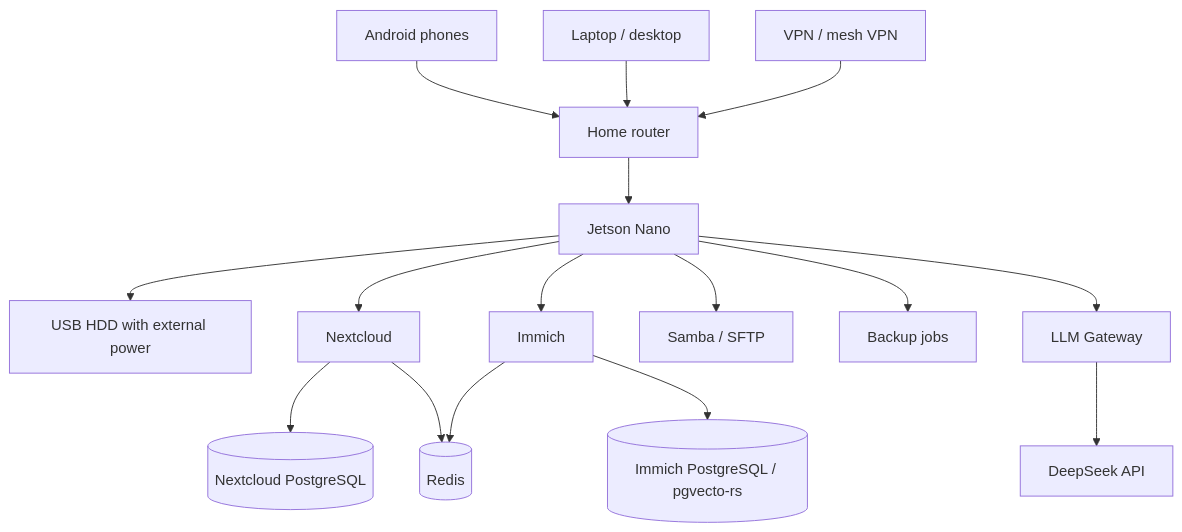
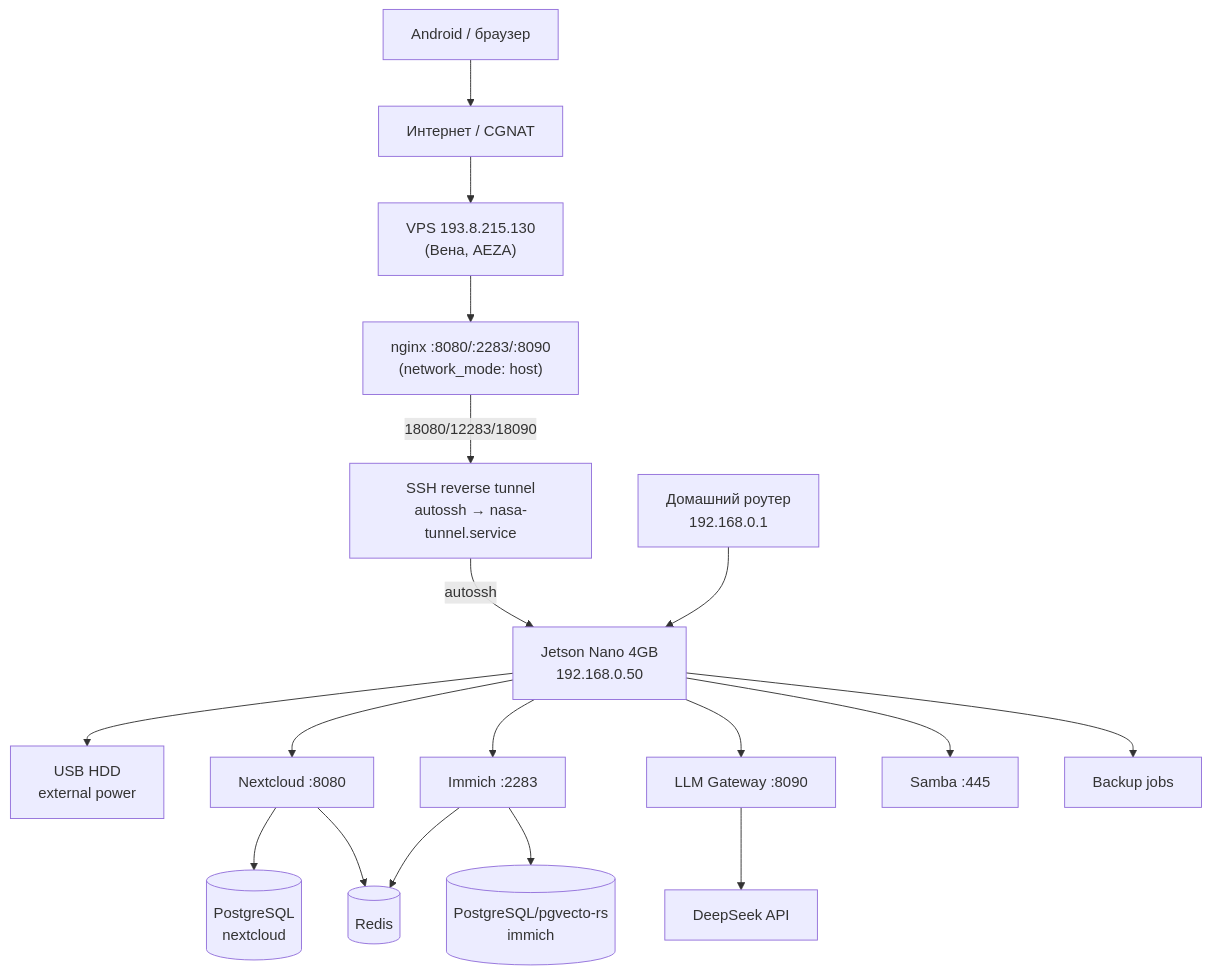
One commit to AlexeyBorovskoy/Nasa_home changed the diagram in archtectura_nasa.md. Above: the diagram before and after it, drawn with Mermaid. The commit also changed other lines of this file and 9 other files, not shown here.

````diff
--- a/archtectura_nasa.md
+++ b/archtectura_nasa.md
@@ -21,38 +23,42 @@
 ```mermaid
 flowchart TB
-    Android[Android phones]
-    Laptop[Laptop / desktop]
-    Router[Home router]
-    VPN[VPN / mesh VPN]
-    Jetson[Jetson Nano]
-    HDD[USB HDD with external power]
+    Phone[Android / браузер]
+    Internet[Интернет / CGNAT]
+    VPS["VPS 193.8.215.130\n(Вена, AEZA)"]
+    NginxVPS["nginx :8080/:2283/:8090\n(network_mode: host)"]
+    Tunnel["SSH reverse tunnel\nautossh → nasa-tunnel.service"]
+    Router[Домашний роутер\n192.168.0.1]
+    Jetson["Jetson Nano 4GB\n192.168.0.50"]
+    HDD[USB HDD\nexternal power]
 
-    Nextcloud[Nextcloud]
-    Immich[Immich]
-    Samba[Samba / SFTP]
+    Nextcloud[Nextcloud :8080]
+    Immich[Immich :2283]
+    LLMGateway[LLM Gateway :8090]
+    Samba[Samba :445]
     Backup[Backup jobs]
-    LLMGateway[LLM Gateway]
     DeepSeek[DeepSeek API]
 
-    NCDB[(Nextcloud PostgreSQL)]
-    ImmichDB[(Immich PostgreSQL / pgvecto-rs)]
+    NCDB[(PostgreSQL\nnextcloud)]
+    ImmichDB[(PostgreSQL/pgvecto-rs\nimmich)]
     Redis[(Redis)]
 
-    Android --> Router
-    Laptop --> Router
-    VPN --> Router
+    Phone --> Internet
+    Internet --> VPS
+    VPS --> NginxVPS
+    NginxVPS -->|18080/12283/18090| Tunnel
+    Tunnel -->|autossh| Jetson
     Router --> Jetson
     Jetson --> HDD
 
     Jetson --> Nextcloud
     Jetson --> Immich
+    Jetson --> LLMGateway
     Jetson --> Samba
     Jetson --> Backup
-    Jetson --> LLMGateway
 
     Nextcloud --> NCDB
     Nextcloud --> Redis
     Immich --> ImmichDB
     Immich --> Redis
     LLMGateway --> DeepSeek
 ```
````
